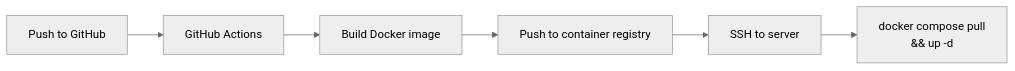
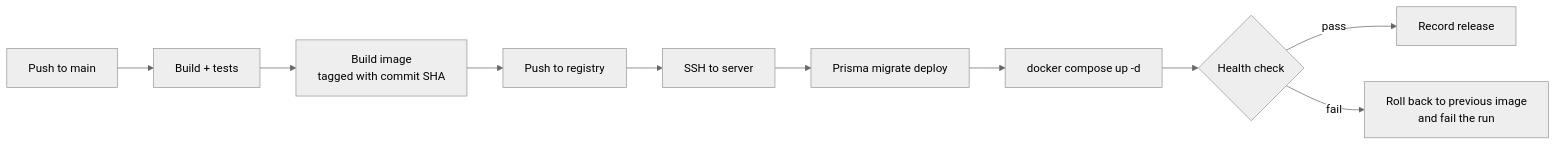
The third of 3 diagrams in readme.md (husam-mumin/university-student-platform), drawn with Mermaid (neutral theme) before and after one commit. The commit also changed other lines of this file, not shown here.

Commit message:
Update readme.md
fix the DevOps  Section

````diff
--- a/readme.md
+++ b/readme.md
@@ -181,8 +181,12 @@
 ```mermaid
 flowchart LR
-    G[Push to GitHub] --> CI[GitHub Actions]
-    CI --> B[Build Docker image]
-    B --> R[Push to container registry]
+    G[Push to main] --> T[Build + tests]
+    T --> B[Build image<br/>tagged with commit SHA]
+    B --> R[Push to registry]
     R --> S[SSH to server]
-    S --> D[docker compose pull<br/>&& up -d]
+    S --> M[Prisma migrate deploy]
+    M --> U[docker compose up -d]
+    U --> H{Health check}
+    H -->|pass| OK[Record release]
+    H -->|fail| RB[Roll back to previous image<br/>and fail the run]
 ```
````
